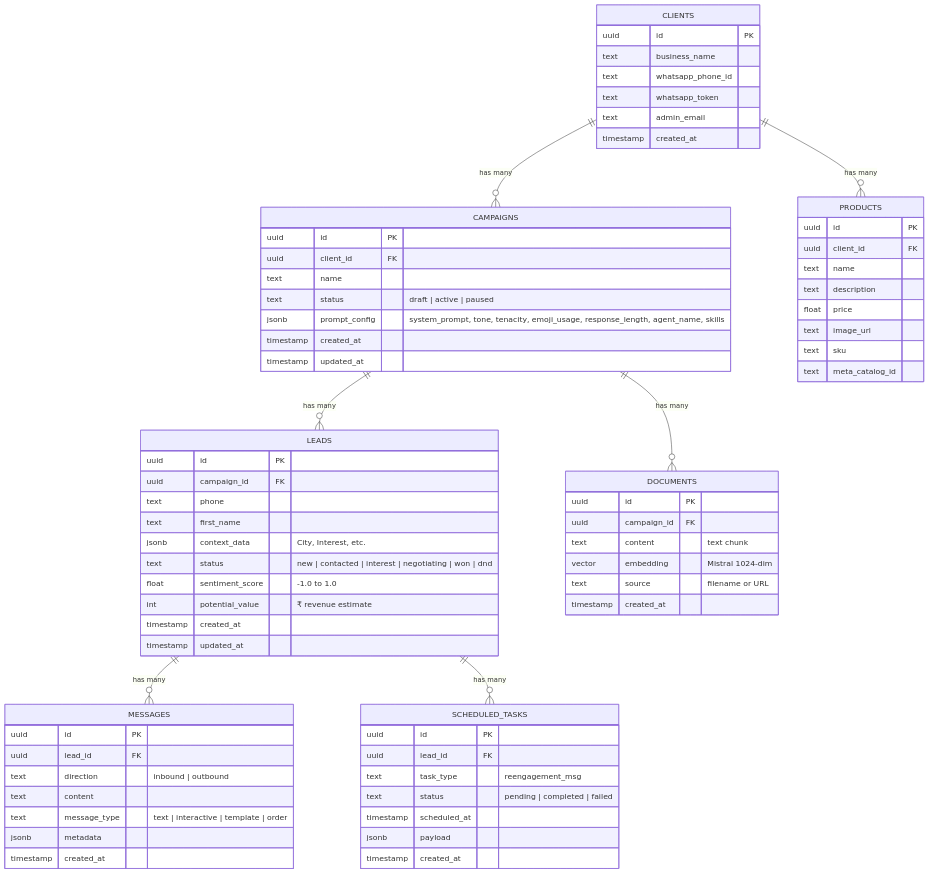
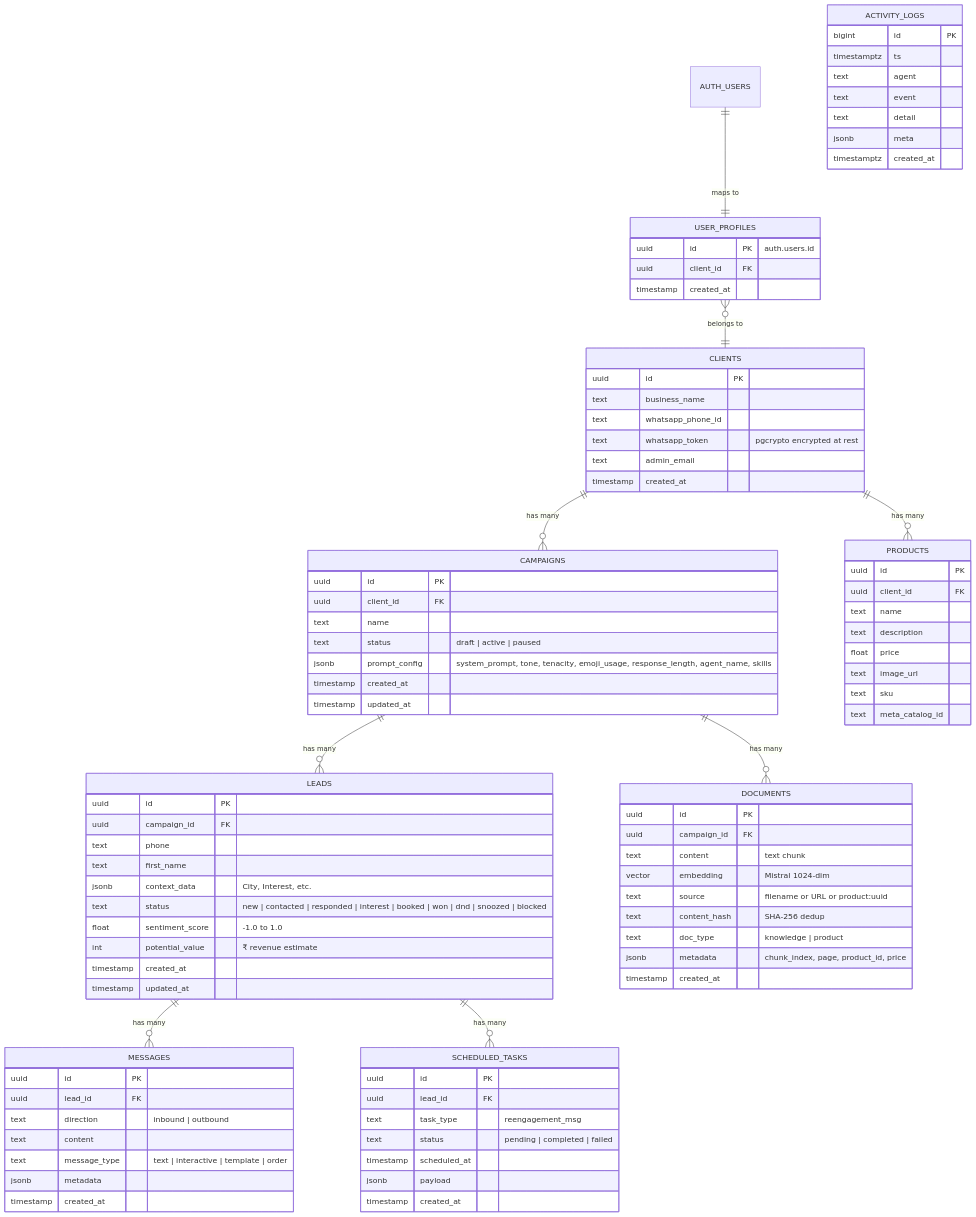
Before and after one commit to AshwinRenjith/revive: the second of 6 diagrams in docs/ARCHITECTURE.md, drawn with Mermaid. The commit also changed other lines of this file, not shown here.

```diff
--- a/docs/ARCHITECTURE.md
+++ b/docs/ARCHITECTURE.md
@@ -110,12 +115,30 @@
     LEADS ||--o{ MESSAGES : "has many"
     LEADS ||--o{ SCHEDULED_TASKS : "has many"
     CLIENTS ||--o{ PRODUCTS : "has many"
+    AUTH_USERS ||--|| USER_PROFILES : "maps to"
+    USER_PROFILES }o--|| CLIENTS : "belongs to"
+
+    USER_PROFILES {
+        uuid id PK "auth.users.id"
+        uuid client_id FK
+        timestamp created_at
+    }
+
+    ACTIVITY_LOGS {
+        bigint id PK
+        timestamptz ts
+        text agent
+        text event
+        text detail
+        jsonb meta
+        timestamptz created_at
+    }
 
     CLIENTS {
         uuid id PK
         text business_name
         text whatsapp_phone_id
-        text whatsapp_token
+        text whatsapp_token "pgcrypto encrypted at rest"
         text admin_email
         timestamp created_at
     }
@@ -136,7 +159,7 @@
         text phone
         text first_name
         jsonb context_data "City, Interest, etc."
-        text status "new | contacted | interest | negotiating | won | dnd"
+        text status "new | contacted | responded | interest | booked | won | dnd | snoozed | blocked"
         float sentiment_score "-1.0 to 1.0"
         int potential_value "₹ revenue estimate"
         timestamp created_at
@@ -168,7 +191,10 @@
         uuid campaign_id FK
         text content "text chunk"
         vector embedding "Mistral 1024-dim"
-        text source "filename or URL"
+        text source "filename or URL or product:uuid"
+        text content_hash "SHA-256 dedup"
+        text doc_type "knowledge | product"
+        jsonb metadata "chunk_index, page, product_id, price"
         timestamp created_at
     }
 
```
